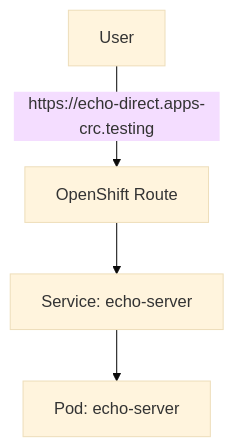
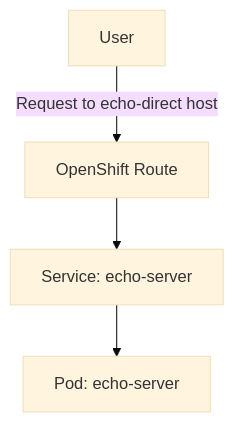
One commit to jctanner/rhoai-hacking changed the first of 3 diagrams in experiments/ocp-envoy-extz-auth/README.md. Above: the diagram before and after it, drawn with Mermaid (base theme). The commit also changed other lines of this file, not shown here.

````diff
--- a/experiments/ocp-envoy-extz-auth/README.md
+++ b/experiments/ocp-envoy-extz-auth/README.md
@@ -13,6 +13,6 @@
 ```mermaid
 graph TD
-    User -- "https://echo-direct.apps-crc.testing" --> OCP_Route[OpenShift Route]
+    User -- "Request to echo-direct host" --> OCP_Route[OpenShift Route]
     OCP_Route --> Echo_Service[Service: echo-server]
     Echo_Service --> Echo_Pod[Pod: echo-server]
 ```
````
